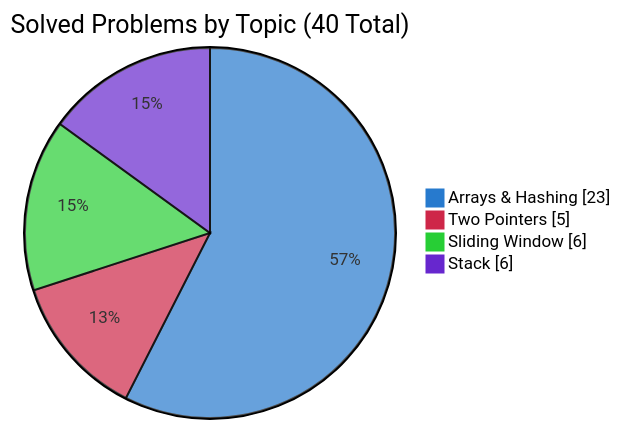
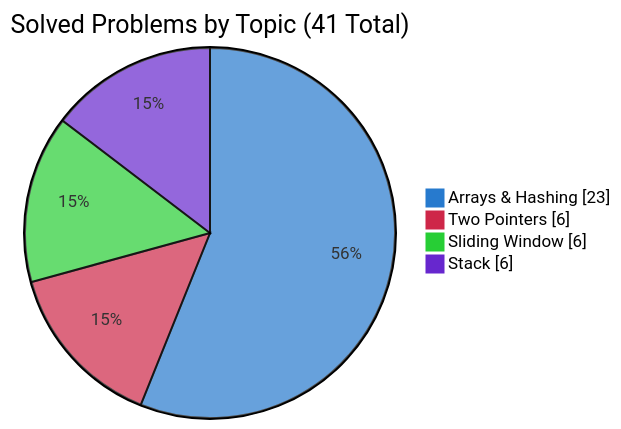
The second of 3 diagrams in README.md (simonesiega/leetcode-solutions), drawn with Mermaid before and after one commit. The commit also changed other lines of this file and 3 other files, not shown here.

````diff
--- a/README.md
+++ b/README.md
@@ -84,9 +84,9 @@
 ```mermaid
 %%{init: {"themeVariables":{"pie1":"#277ace","pie2":"#ce2748","pie3":"#27ce35","pie4":"#6727ce"},"themeCSS":".pieCircle:nth-of-type(1){fill:#277ace!important}.legend:nth-of-type(2) rect{fill:#277ace!important;stroke:#277ace!important}.pieCircle:nth-of-type(2){fill:#ce2748!important}.legend:nth-of-type(3) rect{fill:#ce2748!important;stroke:#ce2748!important}.pieCircle:nth-of-type(3){fill:#27ce35!important}.legend:nth-of-type(4) rect{fill:#27ce35!important;stroke:#27ce35!important}.pieCircle:nth-of-type(4){fill:#6727ce!important}.legend:nth-of-type(5) rect{fill:#6727ce!important;stroke:#6727ce!important}"}}%%
 pie showData
-    title Solved Problems by Topic (40 Total)
+    title Solved Problems by Topic (41 Total)
     "Arrays & Hashing" : 23
-    "Two Pointers" : 5
+    "Two Pointers" : 6
     "Sliding Window" : 6
     "Stack" : 6
 ```
````
